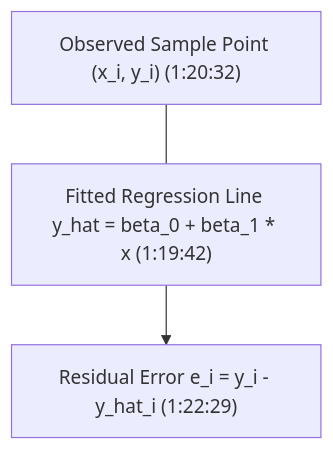
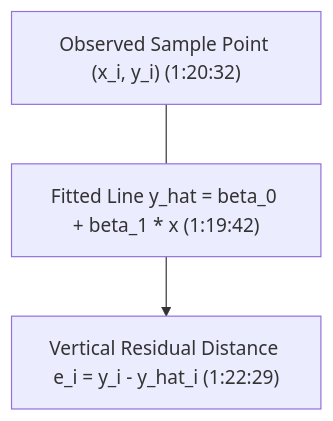
The third of 3 diagrams in 01_RAW/PROCESS/learn-core-machine-learning-part-03.md (xrcodexcode/xr_node), drawn with Mermaid before and after one commit. The commit also changed other lines of this file and 15 other files, not shown here.

````diff
--- a/01_RAW/PROCESS/learn-core-machine-learning-part-03.md
+++ b/01_RAW/PROCESS/learn-core-machine-learning-part-03.md
@@ -114,5 +120,5 @@
 ```mermaid
 flowchart TD
-    Data["Observed Sample Point (x_i, y_i) (1:20:32)"] --- Line["Fitted Regression Line y_hat = beta_0 + beta_1 * x (1:19:42)"]
-    Line --> Error["Residual Error e_i = y_i - y_hat_i (1:22:29)"]
+    Point["Observed Sample Point (x_i, y_i) (1:20:32)"] --- Line["Fitted Line y_hat = beta_0 + beta_1 * x (1:19:42)"]
+    Line --> Residual["Vertical Residual Distance e_i = y_i - y_hat_i (1:22:29)"]
 ```
````
